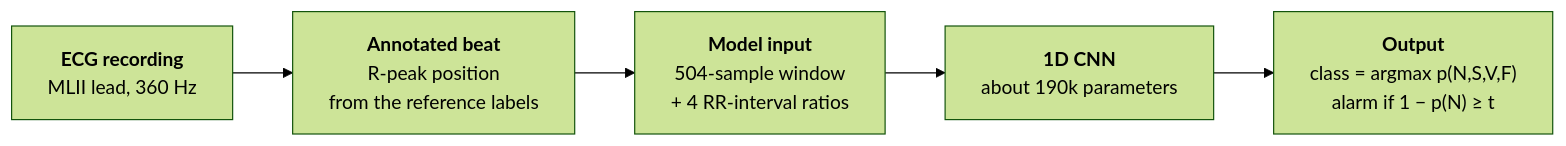
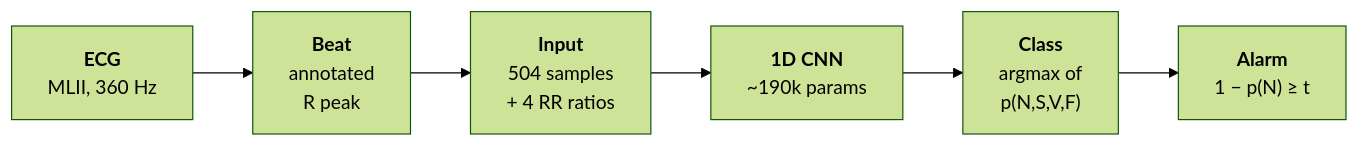
Before and after one commit to IbaadGEO/ecg-arrhythmia-cnn: the diagram in README.md, drawn with Mermaid (forest theme).

Commit message:
I narrowed the pipeline diagram to fit GitHub's frame
After pushing, I checked the live page and noticed GitHub's zoom
buttons covered the last box of the diagram. I shortened the labels and
checked that all six boxes were visible. No other text was changed.

````diff
--- a/README.md
+++ b/README.md
@@ -27,7 +27,8 @@
 ```mermaid
 flowchart LR
-  A["<b>ECG recording</b><br/>MLII lead, 360 Hz"] --> B["<b>Annotated beat</b><br/>R-peak position<br/>from the reference labels"]
-  B --> C["<b>Model input</b><br/>504-sample window<br/>+ 4 RR-interval ratios"]
-  C --> D["<b>1D CNN</b><br/>about 190k parameters"]
-  D --> E["<b>Output</b><br/>class = argmax p(N,S,V,F)<br/>alarm if 1 − p(N) ≥ t"]
+  A["<b>ECG</b><br/>MLII, 360 Hz"] --> B["<b>Beat</b><br/>annotated<br/>R peak"]
+  B --> C["<b>Input</b><br/>504 samples<br/>+ 4 RR ratios"]
+  C --> D["<b>1D CNN</b><br/>~190k params"]
+  D --> E["<b>Class</b><br/>argmax of<br/>p(N,S,V,F)"]
+  E --> F["<b>Alarm</b><br/>1 − p(N) ≥ t"]
 ```
````
